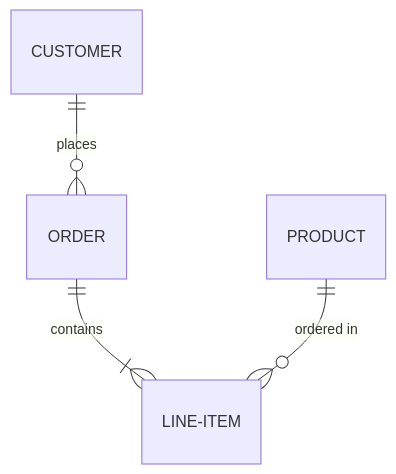
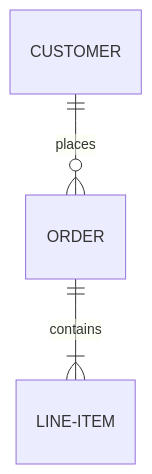
Before and after one commit to wecode-ai/Wegent: the sixth of 24 diagrams in backend/init_data/skills/mermaid-diagram/SKILL.md, drawn with Mermaid. The commit also changed other lines of this file, not shown here.

Commit message:
feat: update mermaid diagram skill with complete examples

````diff
--- a/backend/init_data/skills/mermaid-diagram/SKILL.md
+++ b/backend/init_data/skills/mermaid-diagram/SKILL.md
@@ -253,6 +251,5 @@
 ```mermaid
 erDiagram
     CUSTOMER ||--o{ ORDER : places
     ORDER ||--|{ LINE-ITEM : contains
-    PRODUCT ||--o{ LINE-ITEM : "ordered in"
 ```
````
